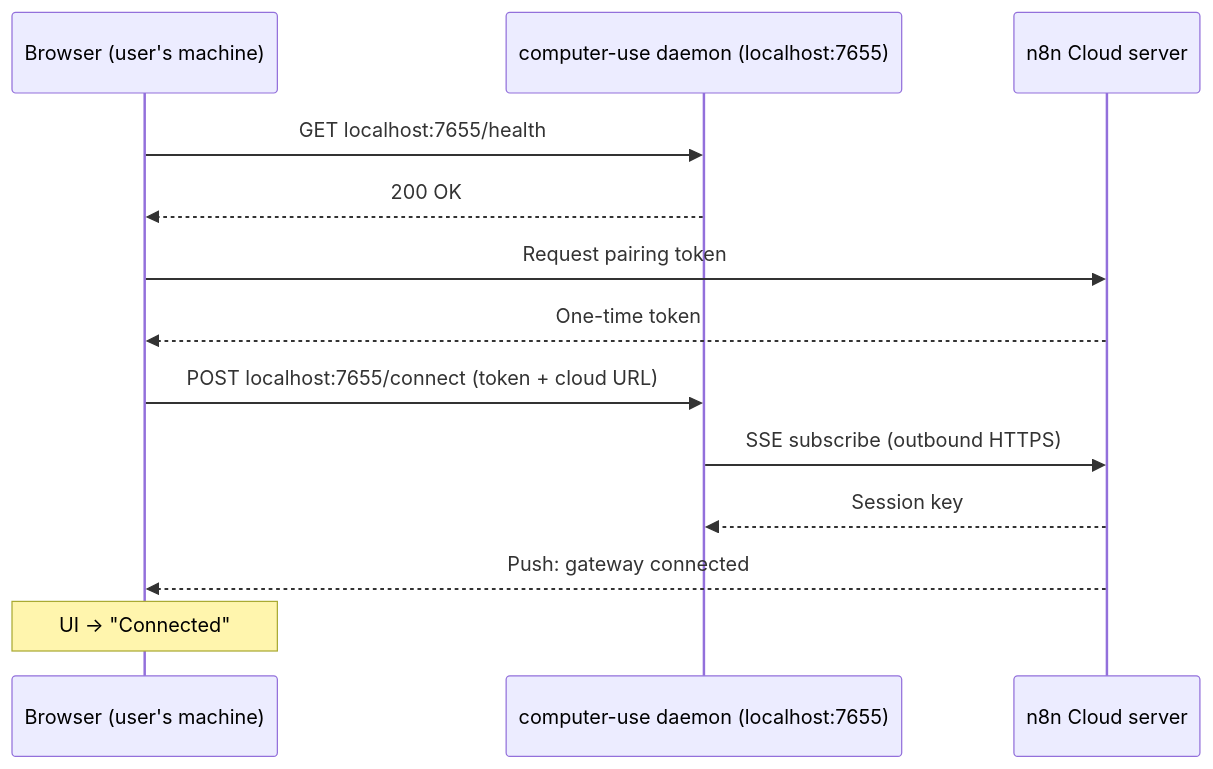
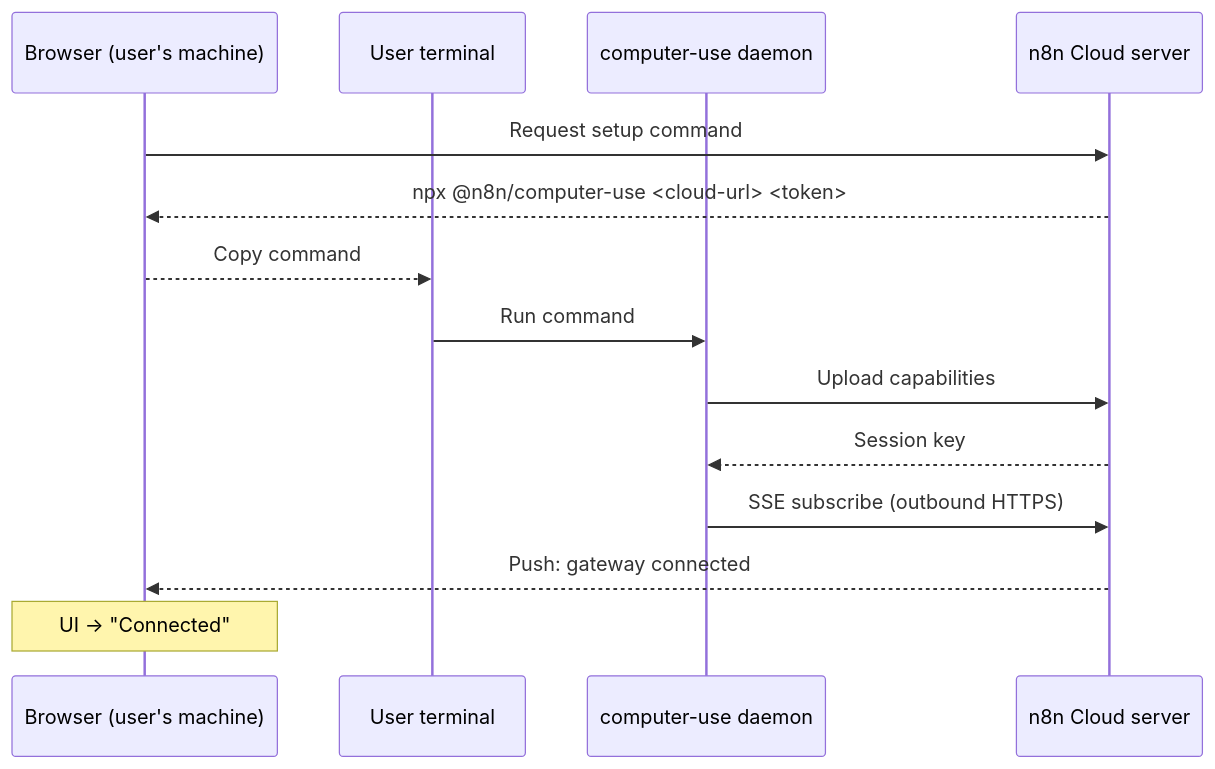
One commit to mayankjain1815-commits/n8n changed the third of 4 diagrams in packages/@n8n/instance-ai/docs/filesystem-access.md. Above: the diagram before and after it, drawn with Mermaid. The commit also changed other lines of this file and 5 other files, not shown here.

````diff
--- a/packages/@n8n/instance-ai/docs/filesystem-access.md
+++ b/packages/@n8n/instance-ai/docs/filesystem-access.md
@@ -165,16 +169,17 @@
 ```mermaid
 sequenceDiagram
     participant Browser as Browser (user's machine)
-    participant Daemon as computer-use daemon (localhost:7655)
+    participant Terminal as User terminal
+    participant Daemon as computer-use daemon
     participant Cloud as n8n Cloud server
 
-    Browser->>Daemon: GET localhost:7655/health
-    Daemon-->>Browser: 200 OK
-    Browser->>Cloud: Request pairing token
-    Cloud-->>Browser: One-time token
-    Browser->>Daemon: POST localhost:7655/connect (token + cloud URL)
+    Browser->>Cloud: Request setup command
+    Cloud-->>Browser: npx @n8n/computer-use <cloud-url> <token>
+    Browser-->>Terminal: Copy command
+    Terminal->>Daemon: Run command
+    Daemon->>Cloud: Upload capabilities
+    Cloud-->>Daemon: Session key
     Daemon->>Cloud: SSE subscribe (outbound HTTPS)
-    Cloud-->>Daemon: Session key
     Cloud-->>Browser: Push: gateway connected
     Note over Browser: UI → "Connected"
 ```
````
